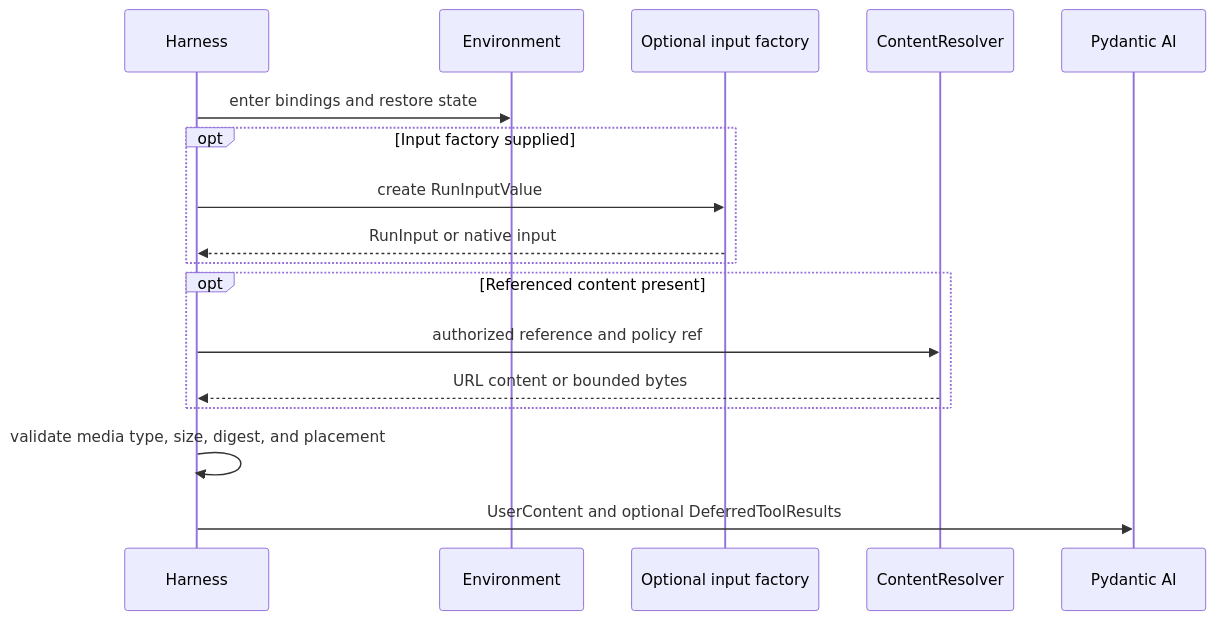
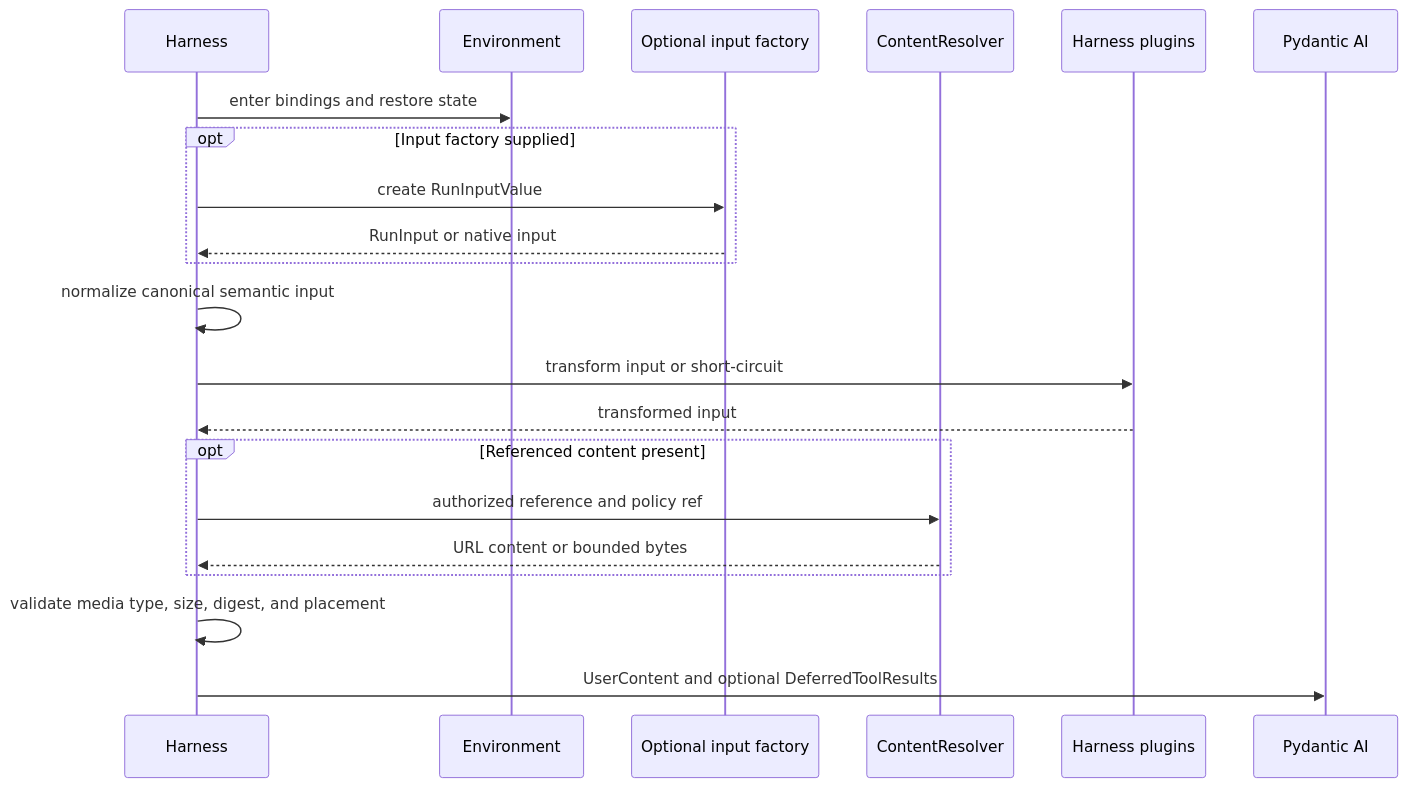
Before and after one commit to LTThreeComma/agent-foundation: the second of 3 diagrams in spec/agent-harness/16-input-model-and-output.md, drawn with Mermaid. The commit also changed other lines of this file and 21 other files, not shown here.

````diff
--- a/spec/agent-harness/16-input-model-and-output.md
+++ b/spec/agent-harness/16-input-model-and-output.md
@@ -116,20 +128,24 @@
 ```mermaid
 sequenceDiagram
     participant Harness
     participant Environment
     participant Factory as Optional input factory
     participant Resolver as ContentResolver
+    participant Plugins as Harness plugins
     participant PAI as Pydantic AI
 
     Harness->>Environment: enter bindings and restore state
     opt Input factory supplied
         Harness->>Factory: create RunInputValue
         Factory-->>Harness: RunInput or native input
     end
+    Harness->>Harness: normalize canonical semantic input
+    Harness->>Plugins: transform input or short-circuit
+    Plugins-->>Harness: transformed input
     opt Referenced content present
         Harness->>Resolver: authorized reference and policy ref
         Resolver-->>Harness: URL content or bounded bytes
     end
     Harness->>Harness: validate media type, size, digest, and placement
     Harness->>PAI: UserContent and optional DeferredToolResults
 ```
````
